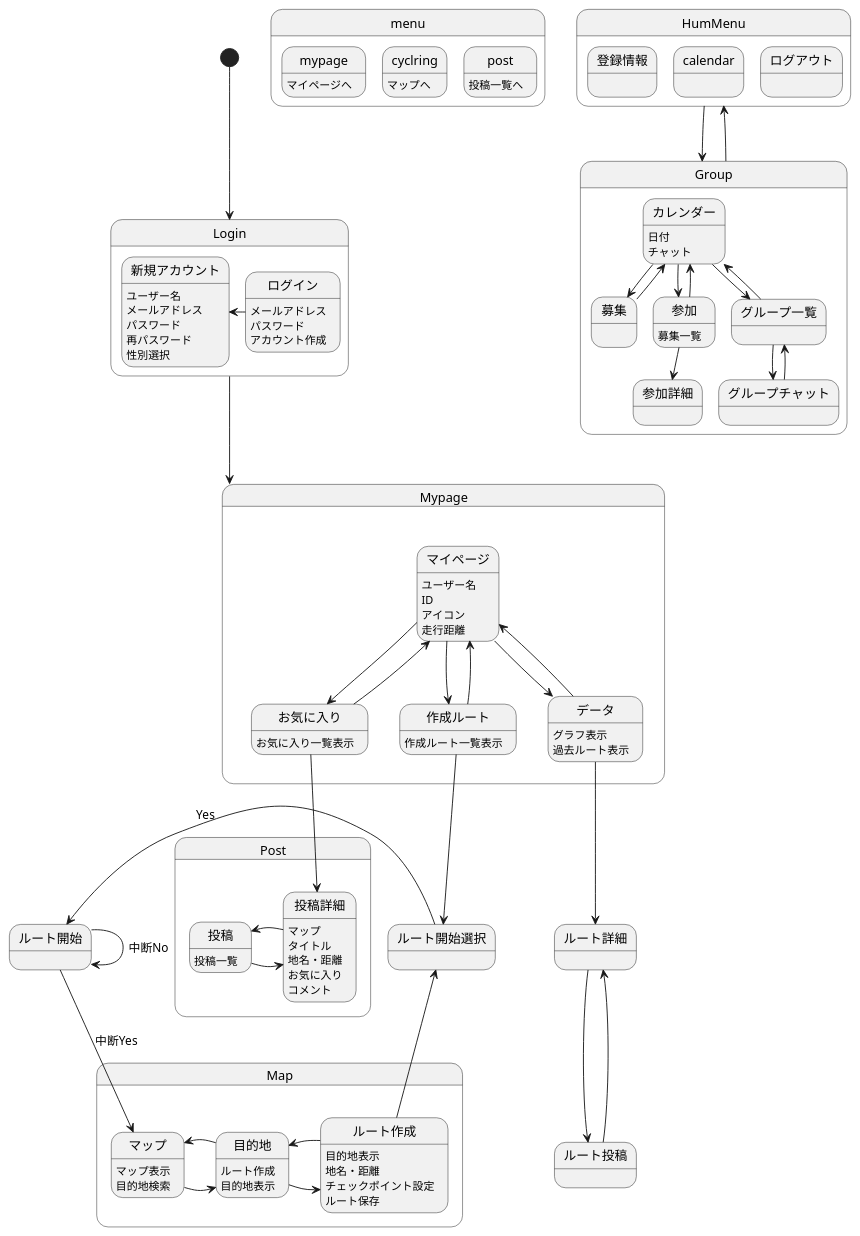
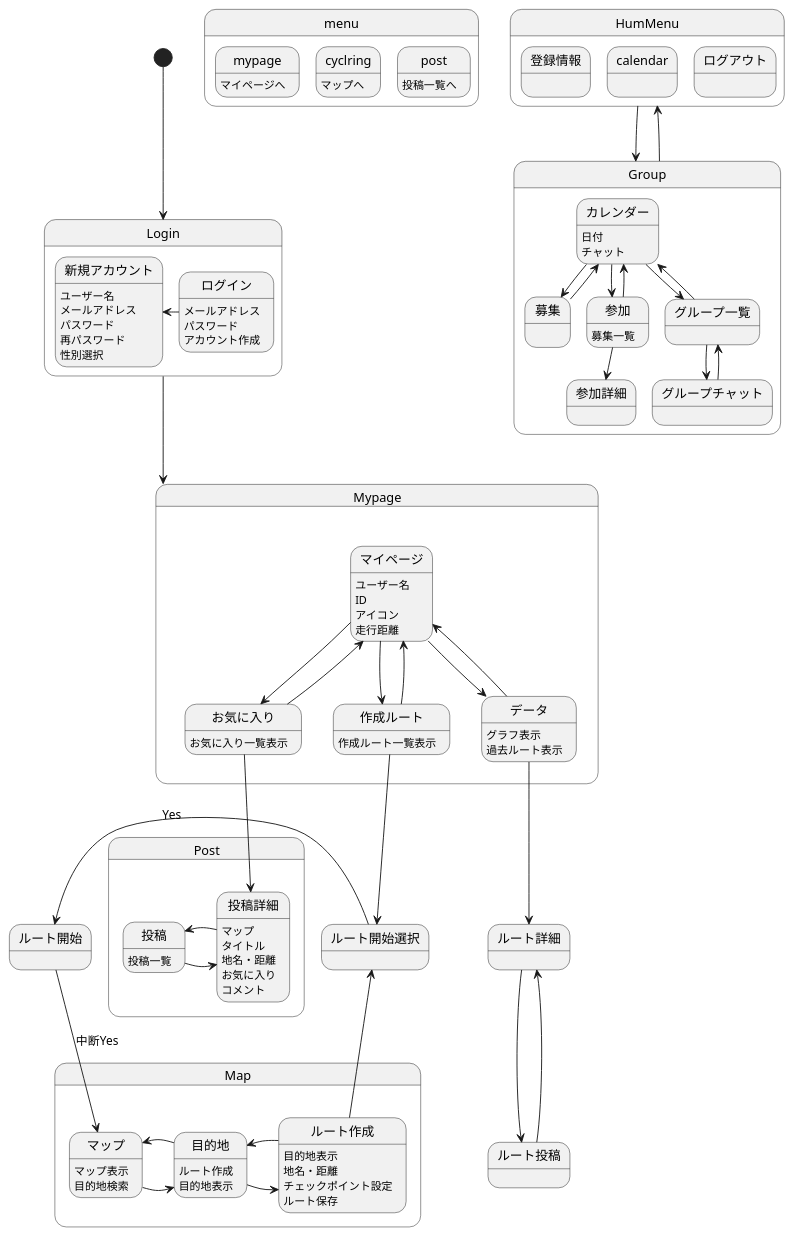
One commit to AsoSD3A3/CyclingSystem changed the diagram in 画面遷移図/gm.md. Above: the diagram before and after it, drawn with PlantUML.

```diff
--- a/画面遷移図/gm.md
+++ b/画面遷移図/gm.md
@@ -86,7 +86,6 @@
 ルート作成-up->ルート開始選択
 ルート開始選択-left->ルート開始 :Yes
 ルート開始-down->マップ :中断Yes
-ルート開始-->ルート開始 :中断No
 
 state Post{
 投稿:投稿一覧
```
